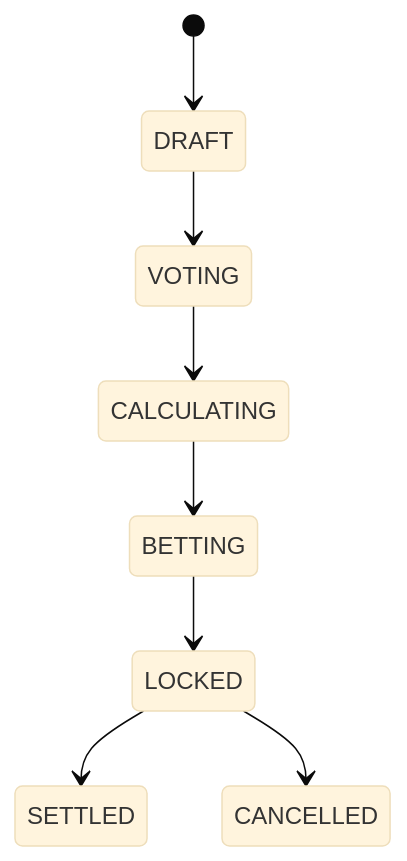
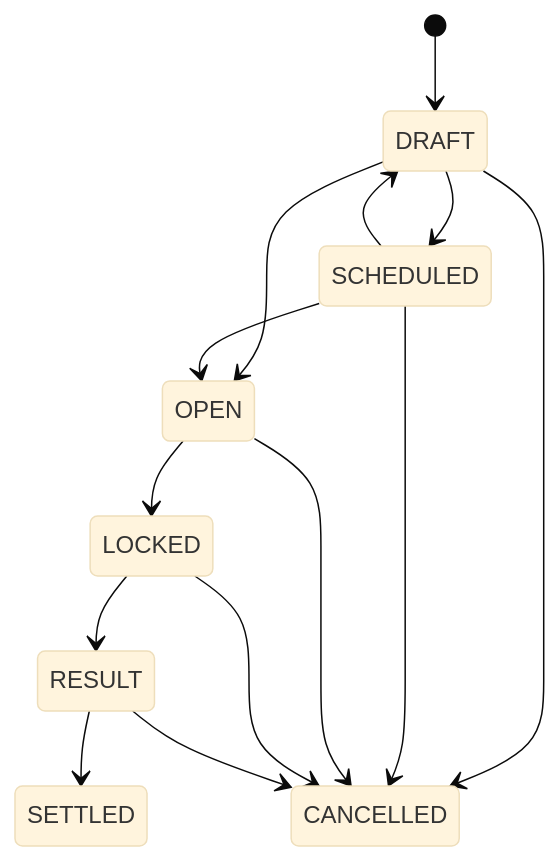
The second of 2 diagrams in docs/ARCHITECTURE.md (DaanHeijnen/Market-Mayhem), drawn with Mermaid (base theme) before and after one commit. The commit also changed other lines of this file and 20449 other files, not shown here.

````diff
--- a/docs/ARCHITECTURE.md
+++ b/docs/ARCHITECTURE.md
@@ -49,10 +44,16 @@
 ```mermaid
 stateDiagram-v2
   [*] --> DRAFT
-  DRAFT --> VOTING
-  VOTING --> CALCULATING
-  CALCULATING --> BETTING
-  BETTING --> LOCKED
-  LOCKED --> SETTLED
+  DRAFT --> SCHEDULED
+  SCHEDULED --> DRAFT
+  DRAFT --> OPEN
+  SCHEDULED --> OPEN
+  OPEN --> LOCKED
+  LOCKED --> RESULT
+  RESULT --> SETTLED
+  DRAFT --> CANCELLED
+  SCHEDULED --> CANCELLED
+  OPEN --> CANCELLED
   LOCKED --> CANCELLED
+  RESULT --> CANCELLED
 ```
````
